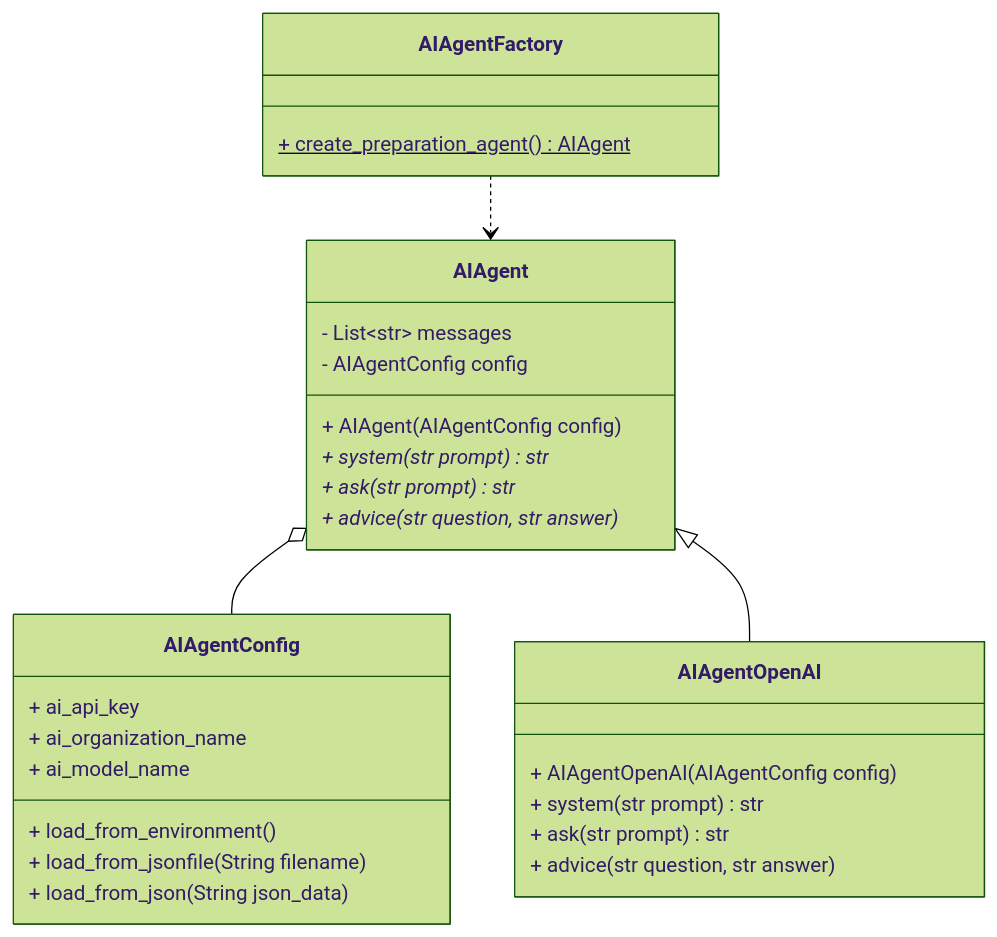
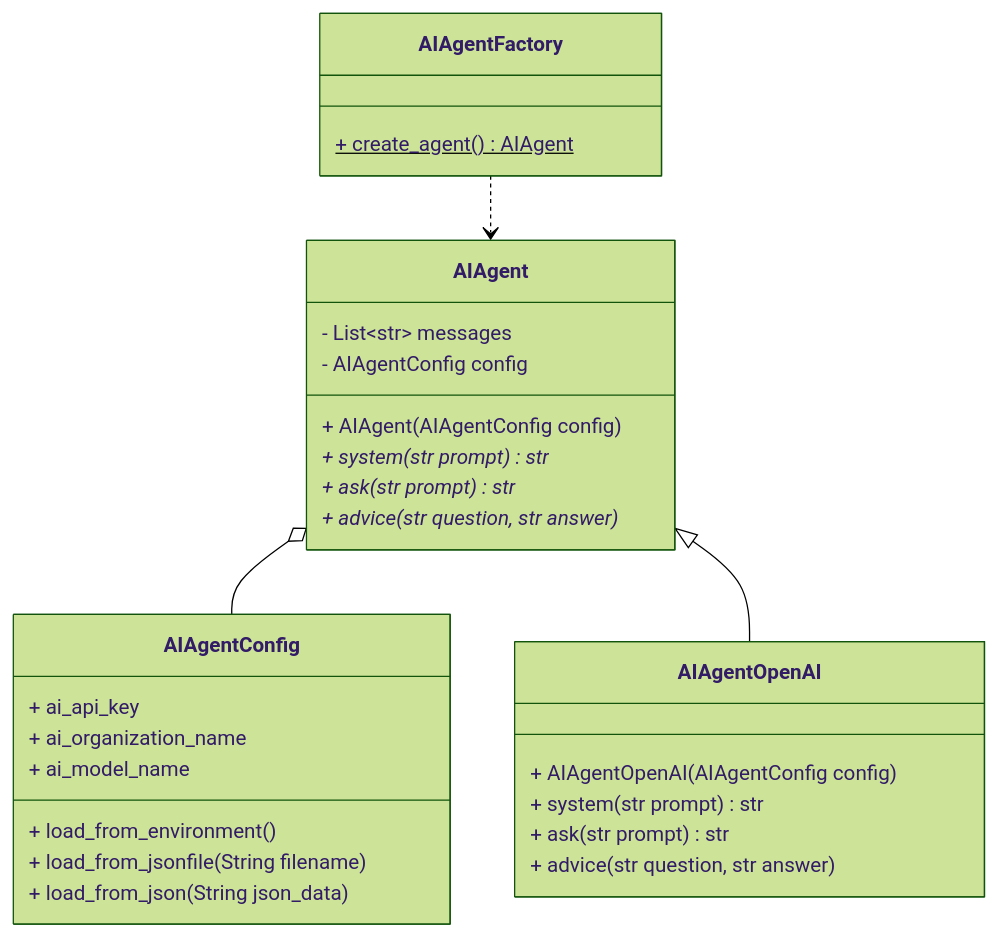
One commit to BernLeWal/AICodeMentor changed the first of 2 diagrams in docs/agents.md. Above: the diagram before and after it, drawn with Mermaid (forest theme). The commit also changed 14 other files, not shown here.

````diff
--- a/docs/agents.md
+++ b/docs/agents.md
@@ -7,35 +7,35 @@
 ```mermaid
 classDiagram
     class AIAgentConfig {
         + ai_api_key
         + ai_organization_name
         + ai_model_name
         + load_from_environment()
         + load_from_jsonfile(String filename)
         + load_from_json(String json_data)
     }
 
     class AIAgent {
         - List~str~ messages
         - AIAgentConfig config
 
         + AIAgent( AIAgentConfig config )
         + system( str prompt )* str
         + ask( str prompt )* str
         + advice( str question, str answer)* 
     }
     AIAgent o-- AIAgentConfig
 
     class AIAgentOpenAI {
         + AIAgentOpenAI( AIAgentConfig config )
         + system( str prompt ) str
         + ask( str prompt ) str
         + advice( str question, str answer)
     }
     AIAgent <|-- AIAgentOpenAI
 
     class AIAgentFactory {
-        + create_preparation_agent()$ AIAgent
+        + create_agent()$ AIAgent
     }
     AIAgentFactory ..> AIAgent
 ```
````
